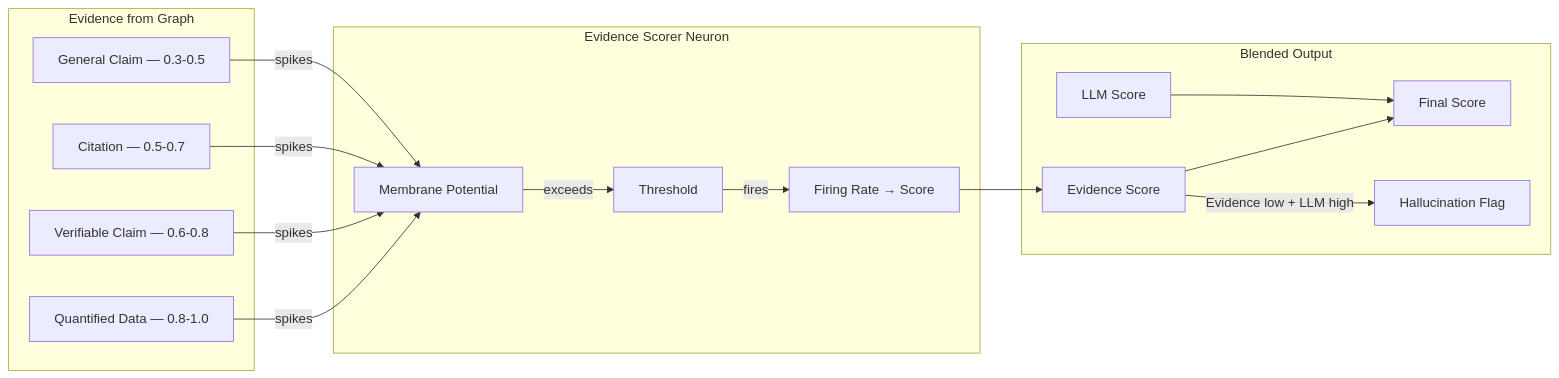
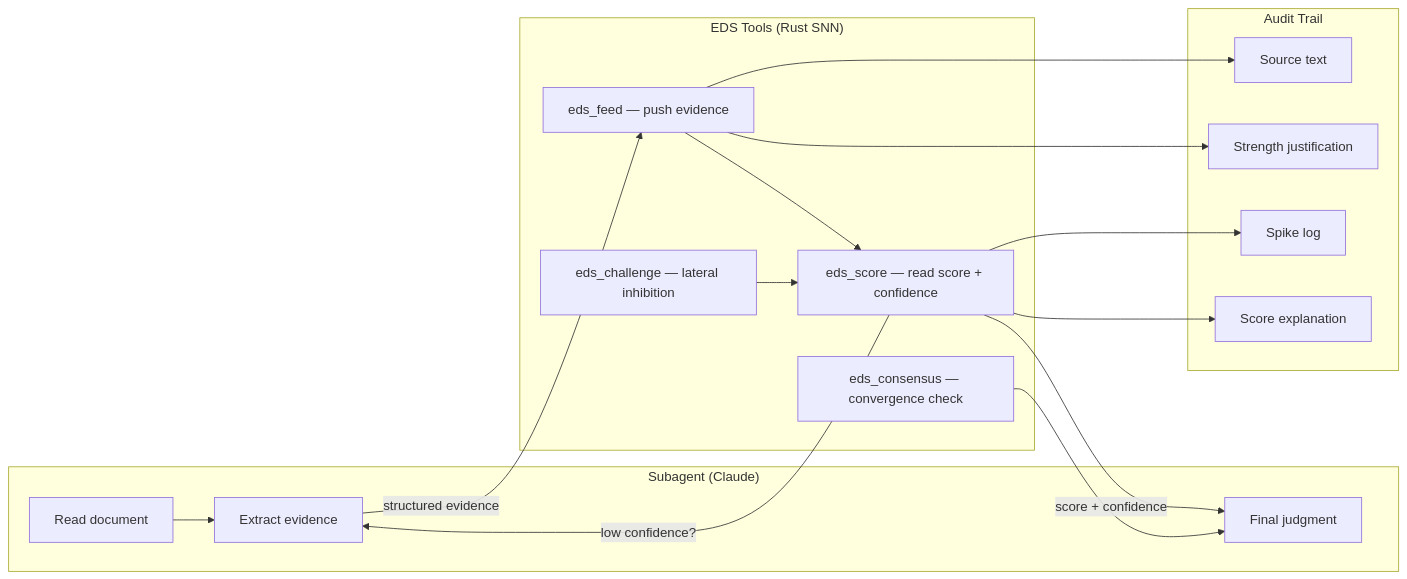
The third of 4 diagrams in README.md (fabio-rovai/brain-in-the-fish), drawn with Mermaid before and after one commit. The commit also changed other lines of this file, not shown here.

First line of the commit message:
docs: update README to reflect ontology spine architecture

````diff
--- a/README.md
+++ b/README.md
@@ -204,28 +209,32 @@
 ```mermaid
 graph LR
-    subgraph "Evidence from Graph"
-        QD[Quantified Data — 0.8-1.0]
-        VC[Verifiable Claim — 0.6-0.8]
-        CI[Citation — 0.5-0.7]
-        GC[General Claim — 0.3-0.5]
+    subgraph "Subagent (Claude)"
+        READ[Read document]
+        EXT[Extract evidence]
+        JUDGE[Final judgment]
     end
 
-    subgraph "Evidence Scorer Neuron"
-        MP[Membrane Potential]
-        TH[Threshold]
-        FR[Firing Rate → Score]
+    subgraph "EDS Tools (Rust SNN)"
+        FEED[eds_feed — push evidence]
+        SCORE[eds_score — read score + confidence]
+        CHAL[eds_challenge — lateral inhibition]
+        CONS[eds_consensus — convergence check]
     end
 
-    subgraph "Blended Output"
-        SS[Evidence Score]
-        LS[LLM Score]
-        FS[Final Score]
-        HF[Hallucination Flag]
+    subgraph "Audit Trail"
+        TEXT[Source text]
+        JUST[Strength justification]
+        SPIKE[Spike log]
+        FINAL[Score explanation]
     end
 
-    QD & VC & CI & GC -->|spikes| MP
-    MP -->|exceeds| TH -->|fires| FR
-    FR --> SS
-    SS & LS --> FS
-    SS -->|"Evidence low + LLM high"| HF
+    READ --> EXT
+    EXT -->|structured evidence| FEED
+    FEED --> SCORE
+    SCORE -->|low confidence?| EXT
+    SCORE -->|score + confidence| JUDGE
+    CHAL --> SCORE
+    CONS --> JUDGE
+    FEED --> TEXT & JUST
+    SCORE --> SPIKE & FINAL
 ```
````
